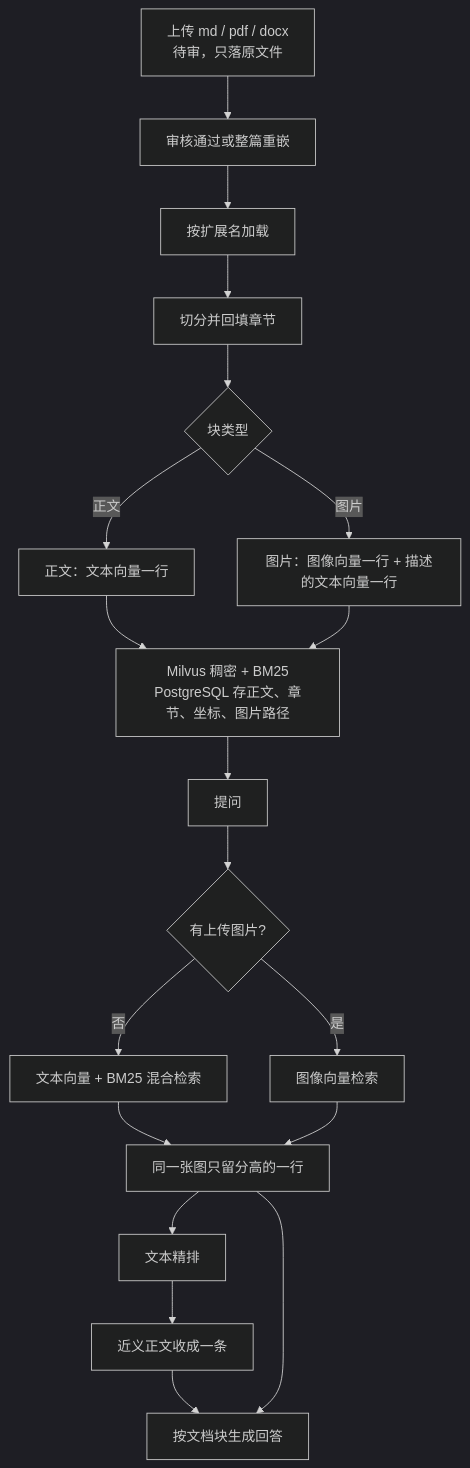
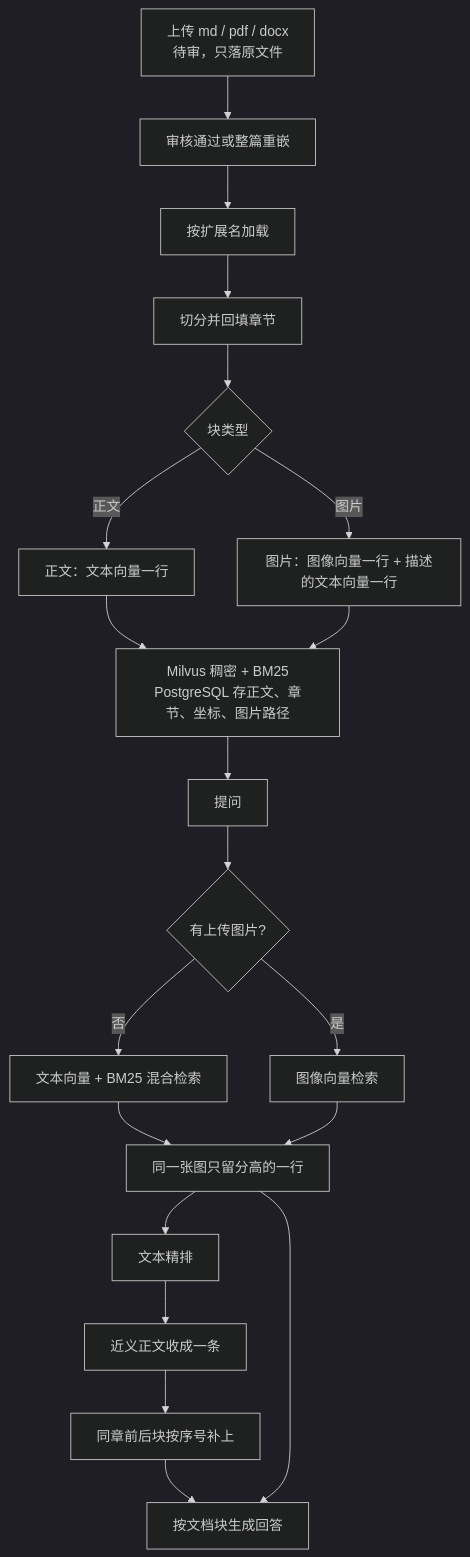
One commit to crazylong/nutri_graph changed the diagram in docs/文档处理全链路流程.md. Above: the diagram before and after it, drawn with Mermaid (dark theme). The commit also changed other lines of this file and 25 other files, not shown here.

````diff
--- a/docs/文档处理全链路流程.md
+++ b/docs/文档处理全链路流程.md
@@ -9,26 +9,27 @@
 ```mermaid
 flowchart TD
     upload["上传 md / pdf / docx<br/>待审，只落原文件"]
     approve["审核通过或整篇重嵌"]
     parse["按扩展名加载"]
     chunk["切分并回填章节"]
     branch{"块类型"}
     textRow["正文：文本向量一行"]
     imageRows["图片：图像向量一行 + 描述的文本向量一行"]
     store["Milvus 稠密 + BM25<br/>PostgreSQL 存正文、章节、坐标、图片路径"]
     ask["提问"]
     kind{"有上传图片?"}
     textSearch["文本向量 + BM25 混合检索"]
     imageSearch["图像向量检索"]
     dedupe["同一张图只留分高的一行"]
     rerank["文本精排"]
     diversify["近义正文收成一条"]
+    neighbor["同章前后块按序号补上"]
     answer["按文档块生成回答"]
 
     upload --> approve --> parse --> chunk --> branch
     branch -->|正文| textRow --> store
     branch -->|图片| imageRows --> store
     store --> ask --> kind
-    kind -->|否| textSearch --> dedupe --> rerank --> diversify --> answer
+    kind -->|否| textSearch --> dedupe --> rerank --> diversify --> neighbor --> answer
     kind -->|是| imageSearch --> dedupe --> answer
 ```
````
